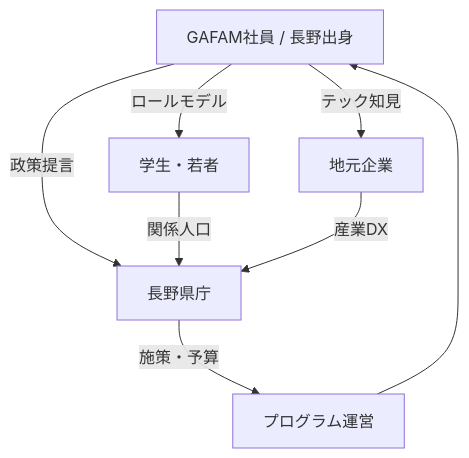
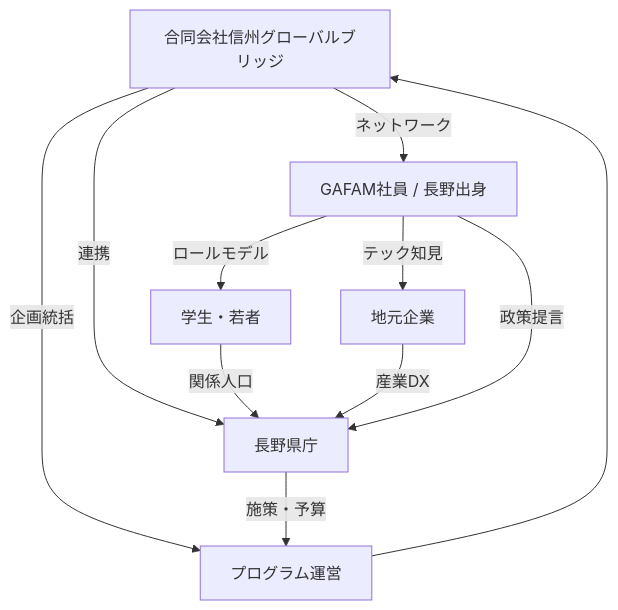
One commit to komiyasa/nagano-hach changed the second of 2 diagrams in README.md. Above: the diagram before and after it, drawn with Mermaid. The commit also changed other lines of this file, not shown here.

````diff
--- a/README.md
+++ b/README.md
@@ -170,10 +200,13 @@
 ```mermaid
 graph TD
+    SGB[合同会社信州グローバルブリッジ] -->|企画統括| E[プログラム運営]
     A[GAFAM社員 / 長野出身] -->|ロールモデル| B[学生・若者]
     A -->|テック知見| C[地元企業]
     A -->|政策提言| D[長野県庁]
+    SGB -->|連携| D
+    SGB -->|ネットワーク| A
     B -->|関係人口| D
     C -->|産業DX| D
-    D -->|施策・予算| E[プログラム運営]
-    E --> A
+    D -->|施策・予算| E
+    E --> SGB
 ```
````
